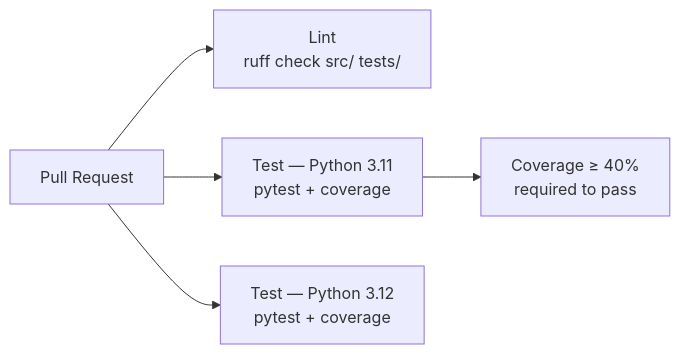
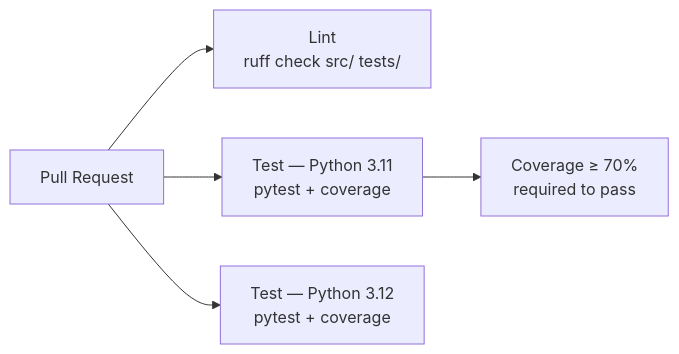
The fourth of 4 diagrams in README.md (cdcoonce/housing-commute-analysis), drawn with Mermaid before and after one commit. The commit also changed other lines of this file and 2 other files, not shown here.

Commit message:
test: measure RQ modules in coverage, raise gate to 70%

````diff
--- a/README.md
+++ b/README.md
@@ -416,7 +416,7 @@
 ```mermaid
 flowchart LR
     PR["Pull Request"] --> L["Lint<br/>ruff check src/ tests/"]
     PR --> T1["Test — Python 3.11<br/>pytest + coverage"]
     PR --> T2["Test — Python 3.12<br/>pytest + coverage"]
-    T1 --> COV["Coverage ≥ 40%<br/>required to pass"]
+    T1 --> COV["Coverage ≥ 70%<br/>required to pass"]
 ```
````
